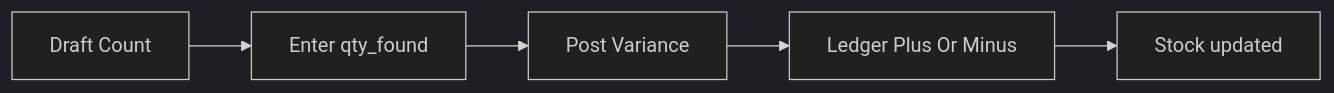
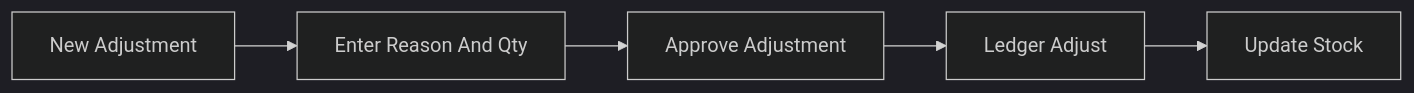
Before and after one commit to Masterly0607/stock-management: the sixth of 17 diagrams in docs/erd.md, drawn with Mermaid (dark theme). The commit also changed other lines of this file, not shown here.

````diff
--- a/docs/erd.md
+++ b/docs/erd.md
@@ -152,7 +164,7 @@
 ```mermaid
 flowchart LR
-  A[Draft Count] --> B[Enter qty_found]
-  B --> C[Post Variance]
-  C --> L[Ledger Plus Or Minus]
-  L --> S[Stock updated]
+  A[New Adjustment] --> B[Enter Reason And Qty]
+  B --> AP[Approve Adjustment]
+  AP --> L[Ledger Adjust]
+  L --> S[Update Stock]
 ```
````
